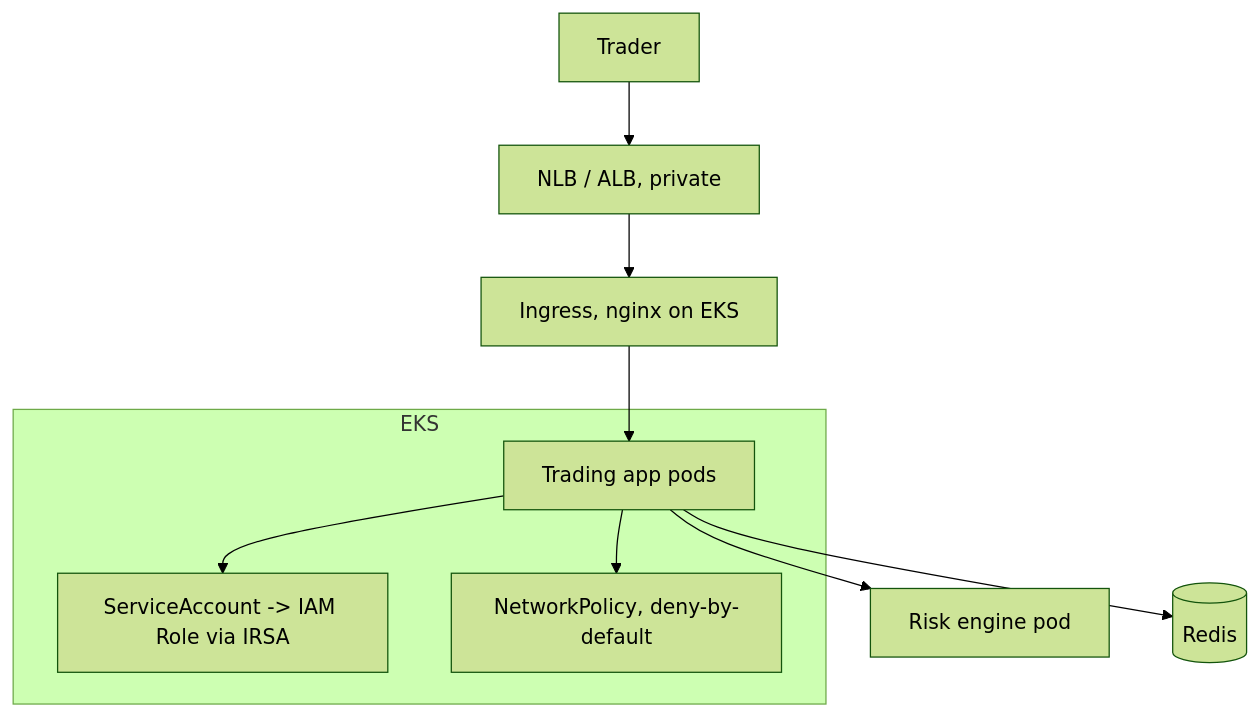
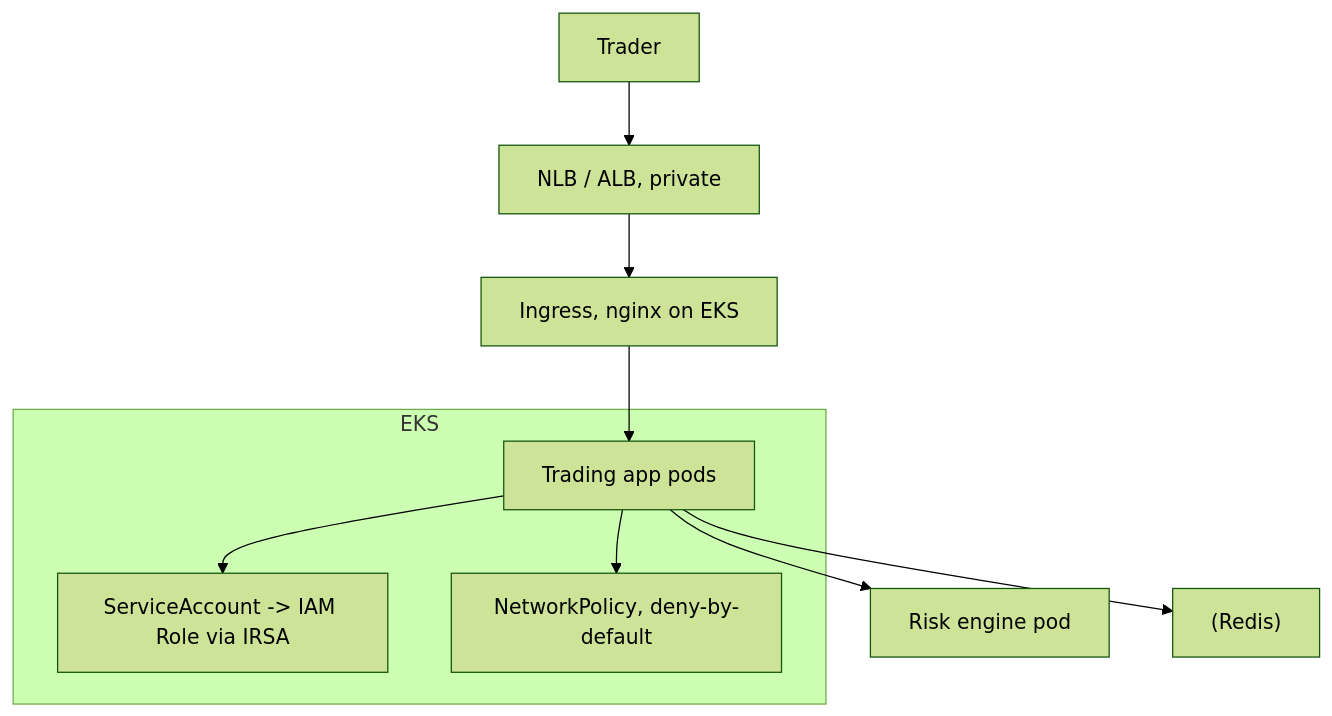
Before and after one commit to WhoisMonesh/K8S-Everything: the diagram in 17-company-cases/jpmorgan.md, drawn with Mermaid (forest theme). The commit also changed 62 other files, not shown here.

First line of the commit message:
Fix all Mermaid diagrams for GitHub compatibility

````diff
--- a/17-company-cases/jpmorgan.md
+++ b/17-company-cases/jpmorgan.md
@@ -24,14 +24,14 @@
 ```mermaid
 graph TD
     Trader --> LB[NLB / ALB, private]
     LB --> Ingress[Ingress, nginx on EKS]
     Ingress --> APP[Trading app pods]
     APP --> Risk[Risk engine pod]
-    APP --> Cache[(Redis)]
-    subgraph EKS
+    APP --> Cache["(Redis)"]
+    subgraph "EKS"
         SA[ServiceAccount -> IAM Role via IRSA]
         NET[NetworkPolicy, deny-by-default]
         APP --> SA
         APP --> NET
     end
 ```
````
